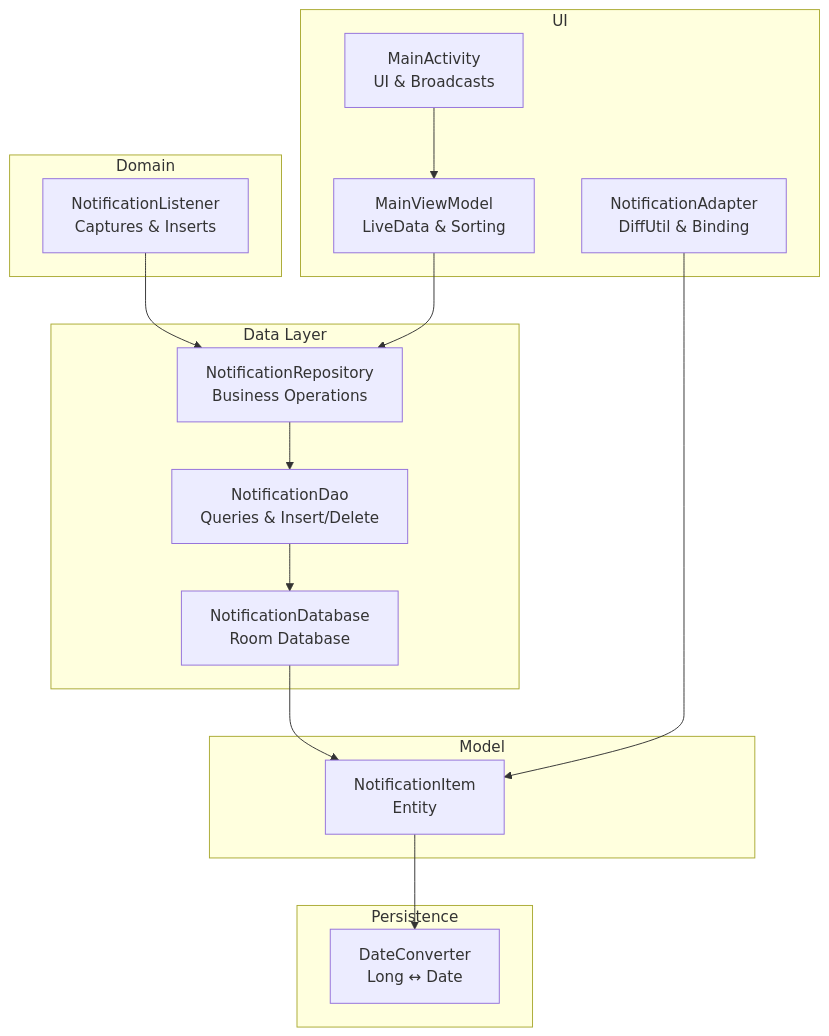
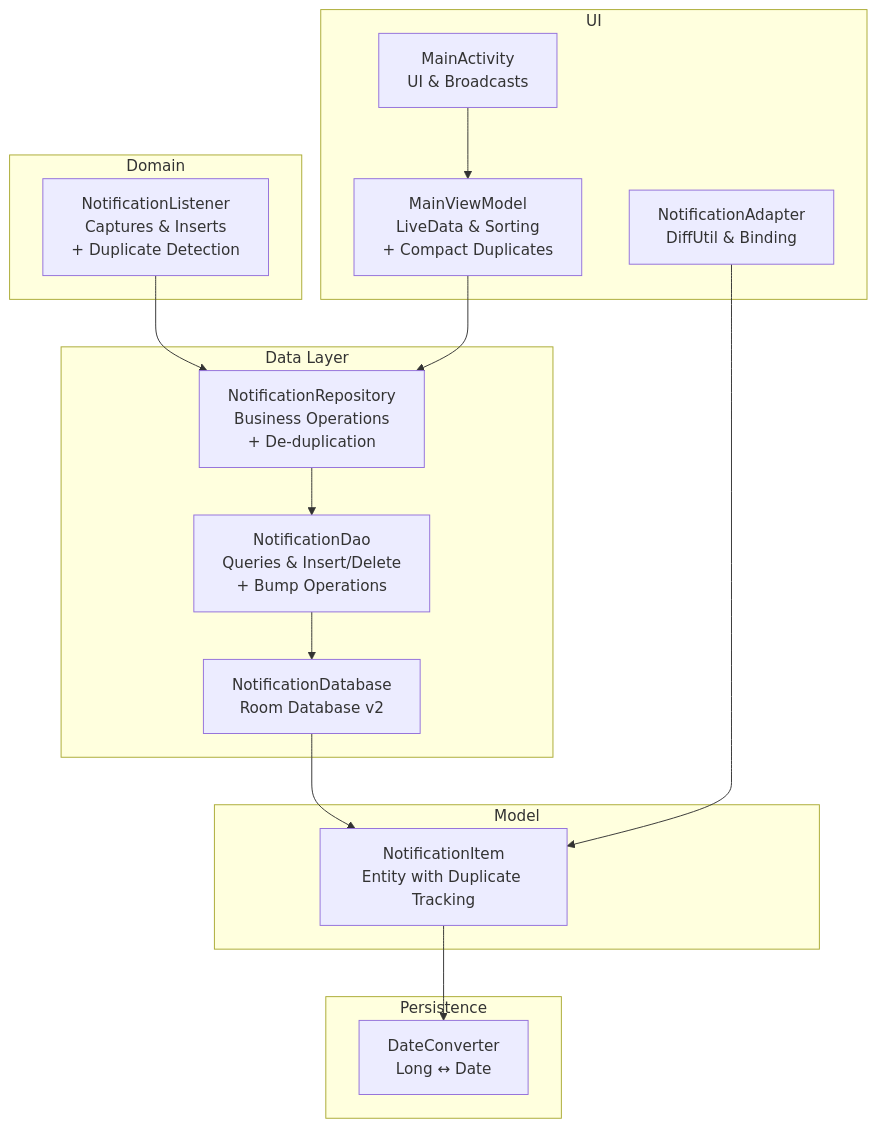
Before and after one commit to caldefoc/NotificationLog: the first of 5 diagrams in .qoder/repowiki/en/content/Data Management/Entity Models.md, drawn with Mermaid. The commit also changed other lines of this file and 13 other files, not shown here.

````diff
--- a/.qoder/repowiki/en/content/Data Management/Entity Models.md
+++ b/.qoder/repowiki/en/content/Data Management/Entity Models.md
@@ -33,30 +42,30 @@
 ```mermaid
 graph TB
 subgraph "Model"
-NI["NotificationItem<br/>Entity"]
+NI["NotificationItem<br/>Entity with Duplicate Tracking"]
 end
 subgraph "Data Layer"
-DAO["NotificationDao<br/>Queries & Insert/Delete"]
-DB["NotificationDatabase<br/>Room Database"]
-RC["NotificationRepository<br/>Business Operations"]
+DAO["NotificationDao<br/>Queries & Insert/Delete<br/>+ Bump Operations"]
+DB["NotificationDatabase<br/>Room Database v2"]
+RC["NotificationRepository<br/>Business Operations<br/>+ De-duplication"]
 end
 subgraph "Domain"
-NL["NotificationListener<br/>Captures & Inserts"]
+NL["NotificationListener<br/>Captures & Inserts<br/>+ Duplicate Detection"]
 end
 subgraph "UI"
-VM["MainViewModel<br/>LiveData & Sorting"]
+VM["MainViewModel<br/>LiveData & Sorting<br/>+ Compact Duplicates"]
 AD["NotificationAdapter<br/>DiffUtil & Binding"]
 MA["MainActivity<br/>UI & Broadcasts"]
 end
 subgraph "Persistence"
 DC["DateConverter<br/>Long ↔ Date"]
 end
 NL --> RC
 RC --> DAO
 DAO --> DB
 DB --> NI
 NI --> DC
 VM --> RC
 AD --> NI
 MA --> VM
 ```
````
